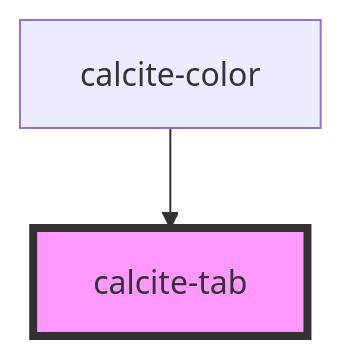
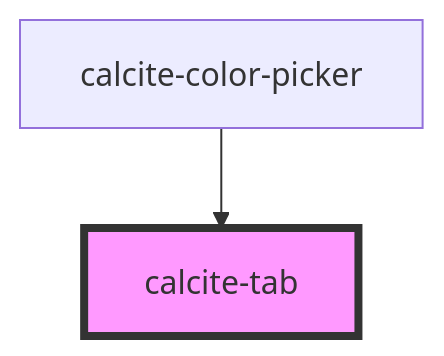
The diagram in src/components/calcite-tab/readme.md (vikivakarvc/calcite-design-system), drawn with Mermaid before and after one commit. The commit also changed other lines of this file and 31 other files, not shown here.

````diff
--- a/src/components/calcite-tab/readme.md
+++ b/src/components/calcite-tab/readme.md
@@ -36,5 +36,5 @@
 ```mermaid
 graph TD;
-  calcite-color --> calcite-tab
+  calcite-color-picker --> calcite-tab
   style calcite-tab fill:#f9f,stroke:#333,stroke-width:4px
 ```
````
